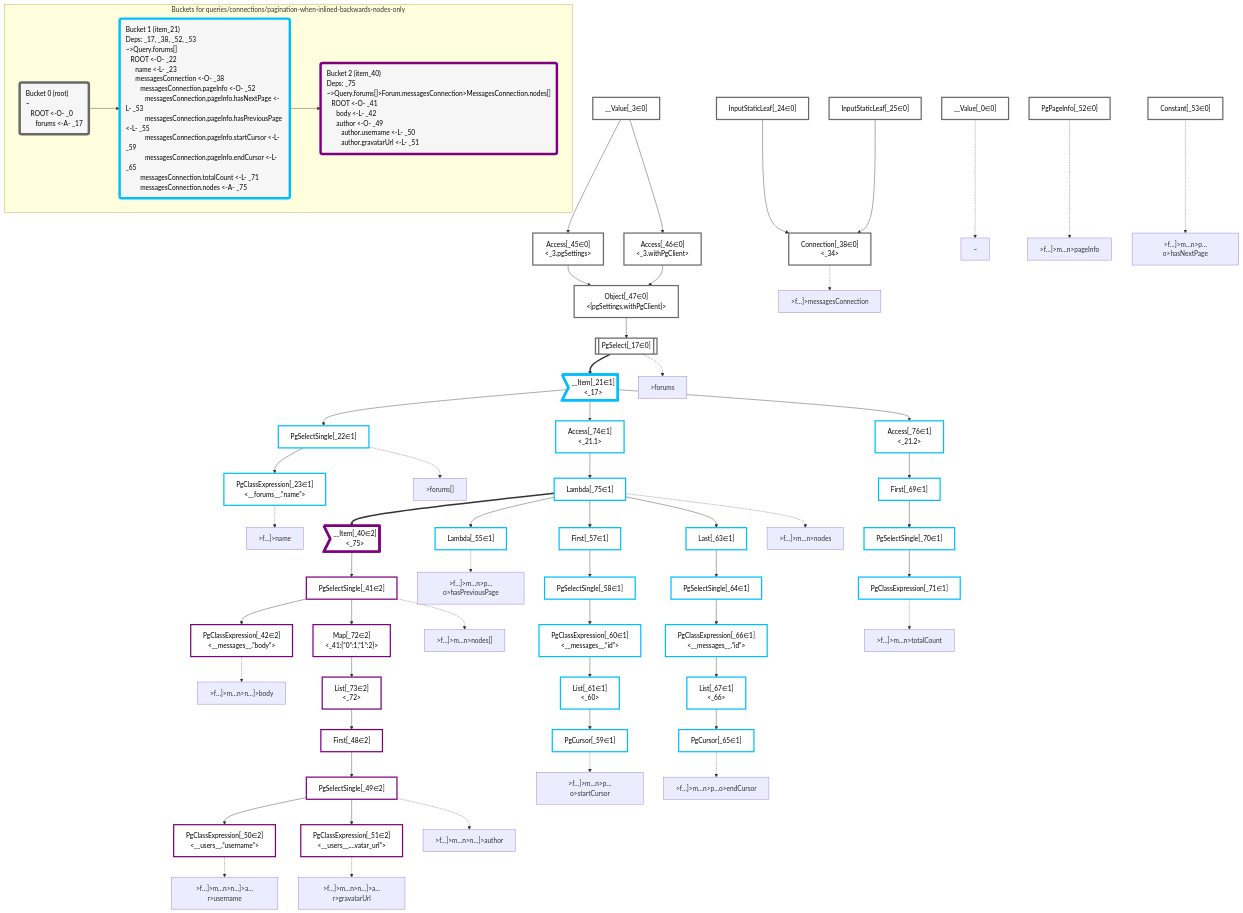
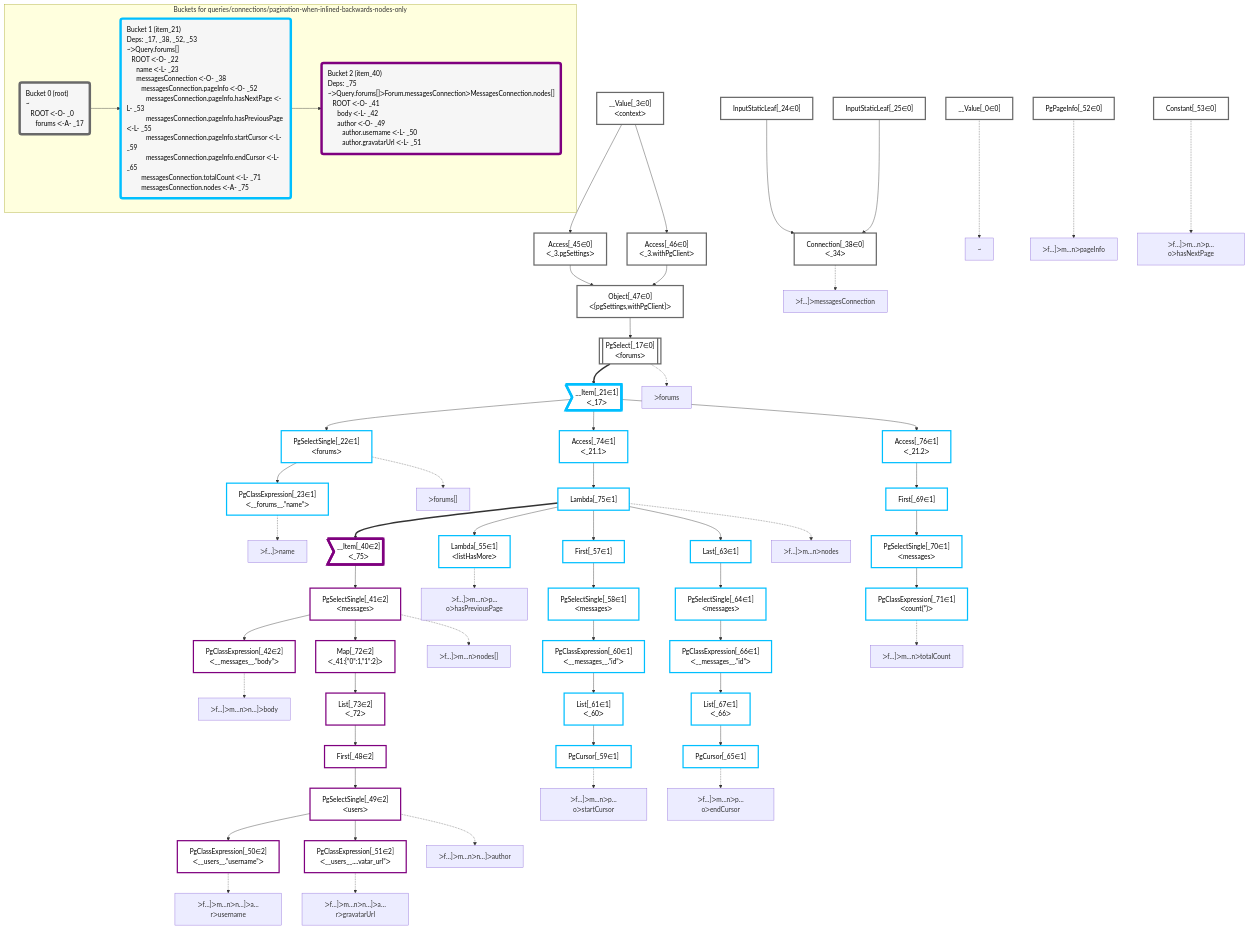
The diagram in packages/dataplan-pg/__tests__/queries/connections/pagination-when-inlined-backwards-nodes-only.mermaid.md (graphile/crystal), drawn with Mermaid before and after one commit. The commit also changed 195 other files, not shown here.

```diff
--- a/packages/dataplan-pg/__tests__/queries/connections/pagination-when-inlined-backwards-nodes-only.mermaid.md
+++ b/packages/dataplan-pg/__tests__/queries/connections/pagination-when-inlined-backwards-nodes-only.mermaid.md
@@ -9,45 +9,45 @@
 
     %% define plans
     __Value_0["__Value[_0∈0]"]:::plan
-    __Value_3["__Value[_3∈0]<br /><context>"]:::plan
-    PgSelect_17[["PgSelect[_17∈0]<br /><forums>"]]:::plan
-    __Item_21>"__Item[_21∈1]<br /><_17>"]:::itemplan
-    PgSelectSingle_22["PgSelectSingle[_22∈1]<br /><forums>"]:::plan
-    PgClassExpression_23["PgClassExpression[_23∈1]<br /><__forums__.”name”>"]:::plan
+    __Value_3["__Value[_3∈0]<br />ᐸcontextᐳ"]:::plan
+    PgSelect_17[["PgSelect[_17∈0]<br />ᐸforumsᐳ"]]:::plan
+    __Item_21>"__Item[_21∈1]<br />ᐸ_17ᐳ"]:::itemplan
+    PgSelectSingle_22["PgSelectSingle[_22∈1]<br />ᐸforumsᐳ"]:::plan
+    PgClassExpression_23["PgClassExpression[_23∈1]<br />ᐸ__forums__.”name”ᐳ"]:::plan
     InputStaticLeaf_24["InputStaticLeaf[_24∈0]"]:::plan
     InputStaticLeaf_25["InputStaticLeaf[_25∈0]"]:::plan
-    Connection_38["Connection[_38∈0]<br /><_34>"]:::plan
-    __Item_40>"__Item[_40∈2]<br /><_75>"]:::itemplan
-    PgSelectSingle_41["PgSelectSingle[_41∈2]<br /><messages>"]:::plan
-    PgClassExpression_42["PgClassExpression[_42∈2]<br /><__messages__.”body”>"]:::plan
-    Access_45["Access[_45∈0]<br /><_3.pgSettings>"]:::plan
-    Access_46["Access[_46∈0]<br /><_3.withPgClient>"]:::plan
-    Object_47["Object[_47∈0]<br /><{pgSettings,withPgClient}>"]:::plan
+    Connection_38["Connection[_38∈0]<br />ᐸ_34ᐳ"]:::plan
+    __Item_40>"__Item[_40∈2]<br />ᐸ_75ᐳ"]:::itemplan
+    PgSelectSingle_41["PgSelectSingle[_41∈2]<br />ᐸmessagesᐳ"]:::plan
+    PgClassExpression_42["PgClassExpression[_42∈2]<br />ᐸ__messages__.”body”ᐳ"]:::plan
+    Access_45["Access[_45∈0]<br />ᐸ_3.pgSettingsᐳ"]:::plan
+    Access_46["Access[_46∈0]<br />ᐸ_3.withPgClientᐳ"]:::plan
+    Object_47["Object[_47∈0]<br />ᐸ{pgSettings,withPgClient}ᐳ"]:::plan
     First_48["First[_48∈2]"]:::plan
-    PgSelectSingle_49["PgSelectSingle[_49∈2]<br /><users>"]:::plan
-    PgClassExpression_50["PgClassExpression[_50∈2]<br /><__users__.”username”>"]:::plan
-    PgClassExpression_51["PgClassExpression[_51∈2]<br /><__users__....vatar_url”>"]:::plan
+    PgSelectSingle_49["PgSelectSingle[_49∈2]<br />ᐸusersᐳ"]:::plan
+    PgClassExpression_50["PgClassExpression[_50∈2]<br />ᐸ__users__.”username”ᐳ"]:::plan
+    PgClassExpression_51["PgClassExpression[_51∈2]<br />ᐸ__users__....vatar_url”ᐳ"]:::plan
     PgPageInfo_52["PgPageInfo[_52∈0]"]:::plan
     Constant_53["Constant[_53∈0]"]:::plan
-    Lambda_55["Lambda[_55∈1]<br /><listHasMore>"]:::plan
+    Lambda_55["Lambda[_55∈1]<br />ᐸlistHasMoreᐳ"]:::plan
     First_57["First[_57∈1]"]:::plan
-    PgSelectSingle_58["PgSelectSingle[_58∈1]<br /><messages>"]:::plan
+    PgSelectSingle_58["PgSelectSingle[_58∈1]<br />ᐸmessagesᐳ"]:::plan
     PgCursor_59["PgCursor[_59∈1]"]:::plan
-    PgClassExpression_60["PgClassExpression[_60∈1]<br /><__messages__.”id”>"]:::plan
-    List_61["List[_61∈1]<br /><_60>"]:::plan
+    PgClassExpression_60["PgClassExpression[_60∈1]<br />ᐸ__messages__.”id”ᐳ"]:::plan
+    List_61["List[_61∈1]<br />ᐸ_60ᐳ"]:::plan
     Last_63["Last[_63∈1]"]:::plan
-    PgSelectSingle_64["PgSelectSingle[_64∈1]<br /><messages>"]:::plan
+    PgSelectSingle_64["PgSelectSingle[_64∈1]<br />ᐸmessagesᐳ"]:::plan
     PgCursor_65["PgCursor[_65∈1]"]:::plan
-    PgClassExpression_66["PgClassExpression[_66∈1]<br /><__messages__.”id”>"]:::plan
-    List_67["List[_67∈1]<br /><_66>"]:::plan
+    PgClassExpression_66["PgClassExpression[_66∈1]<br />ᐸ__messages__.”id”ᐳ"]:::plan
+    List_67["List[_67∈1]<br />ᐸ_66ᐳ"]:::plan
     First_69["First[_69∈1]"]:::plan
-    PgSelectSingle_70["PgSelectSingle[_70∈1]<br /><messages>"]:::plan
-    PgClassExpression_71["PgClassExpression[_71∈1]<br /><count(*)>"]:::plan
-    Map_72["Map[_72∈2]<br /><_41:{”0”:1,”1”:2}>"]:::plan
-    List_73["List[_73∈2]<br /><_72>"]:::plan
-    Access_74["Access[_74∈1]<br /><_21.1>"]:::plan
+    PgSelectSingle_70["PgSelectSingle[_70∈1]<br />ᐸmessagesᐳ"]:::plan
+    PgClassExpression_71["PgClassExpression[_71∈1]<br />ᐸcount(*)ᐳ"]:::plan
+    Map_72["Map[_72∈2]<br />ᐸ_41:{”0”:1,”1”:2}ᐳ"]:::plan
+    List_73["List[_73∈2]<br />ᐸ_72ᐳ"]:::plan
+    Access_74["Access[_74∈1]<br />ᐸ_21.1ᐳ"]:::plan
     Lambda_75["Lambda[_75∈1]"]:::plan
-    Access_76["Access[_76∈1]<br /><_21.2>"]:::plan
+    Access_76["Access[_76∈1]<br />ᐸ_21.2ᐳ"]:::plan
 
     %% plan dependencies
     Object_47 --> PgSelect_17
@@ -90,37 +90,37 @@
     %% plan-to-path relationships
     P_0["~"]
     __Value_0 -.-> P_0
-    P_17[">forums"]
+    P_17["ᐳforums"]
     PgSelect_17 -.-> P_17
-    P_22[">forums[]"]
+    P_22["ᐳforums[]"]
     PgSelectSingle_22 -.-> P_22
-    P_23[">f…]>name"]
+    P_23["ᐳf…]ᐳname"]
     PgClassExpression_23 -.-> P_23
-    P_38[">f…]>messagesConnection"]
+    P_38["ᐳf…]ᐳmessagesConnection"]
     Connection_38 -.-> P_38
-    P_41[">f…]>m…n>nodes[]"]
+    P_41["ᐳf…]ᐳm…nᐳnodes[]"]
     PgSelectSingle_41 -.-> P_41
-    P_42[">f…]>m…n>n…]>body"]
+    P_42["ᐳf…]ᐳm…nᐳn…]ᐳbody"]
     PgClassExpression_42 -.-> P_42
-    P_49[">f…]>m…n>n…]>author"]
+    P_49["ᐳf…]ᐳm…nᐳn…]ᐳauthor"]
     PgSelectSingle_49 -.-> P_49
-    P_50[">f…]>m…n>n…]>a…r>username"]
+    P_50["ᐳf…]ᐳm…nᐳn…]ᐳa…rᐳusername"]
     PgClassExpression_50 -.-> P_50
-    P_51[">f…]>m…n>n…]>a…r>gravatarUrl"]
+    P_51["ᐳf…]ᐳm…nᐳn…]ᐳa…rᐳgravatarUrl"]
     PgClassExpression_51 -.-> P_51
-    P_52[">f…]>m…n>pageInfo"]
+    P_52["ᐳf…]ᐳm…nᐳpageInfo"]
     PgPageInfo_52 -.-> P_52
-    P_53[">f…]>m…n>p…o>hasNextPage"]
+    P_53["ᐳf…]ᐳm…nᐳp…oᐳhasNextPage"]
     Constant_53 -.-> P_53
-    P_55[">f…]>m…n>p…o>hasPreviousPage"]
+    P_55["ᐳf…]ᐳm…nᐳp…oᐳhasPreviousPage"]
     Lambda_55 -.-> P_55
-    P_59[">f…]>m…n>p…o>startCursor"]
+    P_59["ᐳf…]ᐳm…nᐳp…oᐳstartCursor"]
     PgCursor_59 -.-> P_59
-    P_65[">f…]>m…n>p…o>endCursor"]
+    P_65["ᐳf…]ᐳm…nᐳp…oᐳendCursor"]
     PgCursor_65 -.-> P_65
-    P_71[">f…]>m…n>totalCount"]
+    P_71["ᐳf…]ᐳm…nᐳtotalCount"]
     PgClassExpression_71 -.-> P_71
-    P_75[">f…]>m…n>nodes"]
+    P_75["ᐳf…]ᐳm…nᐳnodes"]
     Lambda_75 -.-> P_75
 
     %% allocate buckets
@@ -132,12 +132,12 @@
     class __Item_40,PgSelectSingle_41,PgClassExpression_42,First_48,PgSelectSingle_49,PgClassExpression_50,PgClassExpression_51,Map_72,List_73 bucket2
 
     subgraph "Buckets for queries/connections/pagination-when-inlined-backwards-nodes-only"
-    Bucket0("Bucket 0 (root)<br />~<br />⠀ROOT <-O- _0<br />⠀⠀forums <-A- _17"):::bucket
+    Bucket0("Bucket 0 (root)<br />~<br />⠀ROOT ᐸ-O- _0<br />⠀⠀forums ᐸ-A- _17"):::bucket
     style Bucket0 stroke:#696969
-    Bucket1("Bucket 1 (item_21)<br />Deps: _17, _38, _52, _53<br />~>Query.forums[]<br />⠀ROOT <-O- _22<br />⠀⠀name <-L- _23<br />⠀⠀messagesConnection <-O- _38<br />⠀⠀⠀messagesConnection.pageInfo <-O- _52<br />⠀⠀⠀⠀messagesConnection.pageInfo.hasNextPage <-L- _53<br />⠀⠀⠀⠀messagesConnection.pageInfo.hasPreviousPage <-L- _55<br />⠀⠀⠀⠀messagesConnection.pageInfo.startCursor <-L- _59<br />⠀⠀⠀⠀messagesConnection.pageInfo.endCursor <-L- _65<br />⠀⠀⠀messagesConnection.totalCount <-L- _71<br />⠀⠀⠀messagesConnection.nodes <-A- _75"):::bucket
+    Bucket1("Bucket 1 (item_21)<br />Deps: _17, _38, _52, _53<br />~ᐳQuery.forums[]<br />⠀ROOT ᐸ-O- _22<br />⠀⠀name ᐸ-L- _23<br />⠀⠀messagesConnection ᐸ-O- _38<br />⠀⠀⠀messagesConnection.pageInfo ᐸ-O- _52<br />⠀⠀⠀⠀messagesConnection.pageInfo.hasNextPage ᐸ-L- _53<br />⠀⠀⠀⠀messagesConnection.pageInfo.hasPreviousPage ᐸ-L- _55<br />⠀⠀⠀⠀messagesConnection.pageInfo.startCursor ᐸ-L- _59<br />⠀⠀⠀⠀messagesConnection.pageInfo.endCursor ᐸ-L- _65<br />⠀⠀⠀messagesConnection.totalCount ᐸ-L- _71<br />⠀⠀⠀messagesConnection.nodes ᐸ-A- _75"):::bucket
     style Bucket1 stroke:#00bfff
     Bucket0 --> Bucket1
-    Bucket2("Bucket 2 (item_40)<br />Deps: _75<br />~>Query.forums[]>Forum.messagesConnection>MessagesConnection.nodes[]<br />⠀ROOT <-O- _41<br />⠀⠀body <-L- _42<br />⠀⠀author <-O- _49<br />⠀⠀⠀author.username <-L- _50<br />⠀⠀⠀author.gravatarUrl <-L- _51"):::bucket
+    Bucket2("Bucket 2 (item_40)<br />Deps: _75<br />~ᐳQuery.forums[]ᐳForum.messagesConnectionᐳMessagesConnection.nodes[]<br />⠀ROOT ᐸ-O- _41<br />⠀⠀body ᐸ-L- _42<br />⠀⠀author ᐸ-O- _49<br />⠀⠀⠀author.username ᐸ-L- _50<br />⠀⠀⠀author.gravatarUrl ᐸ-L- _51"):::bucket
     style Bucket2 stroke:#7f007f
     Bucket1 --> Bucket2
     end
```
